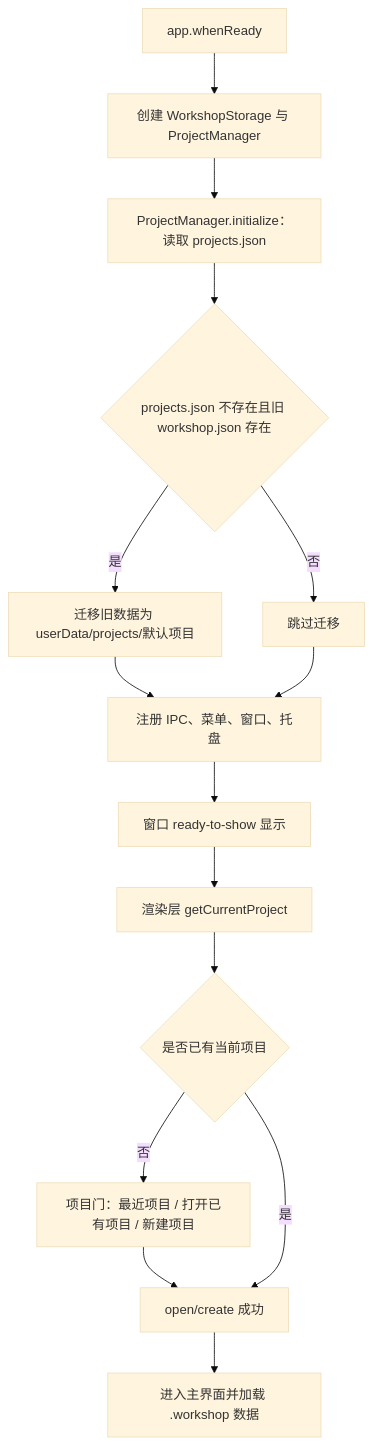
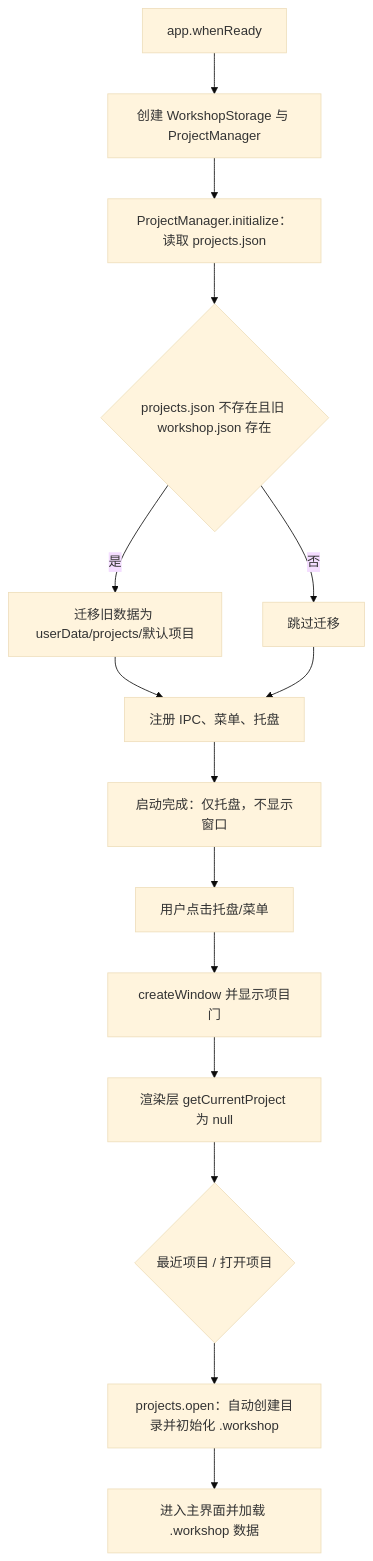
Before and after one commit to the-writer/creative-workshop: the first of 2 diagrams in docs/prd/01-product-architecture.md, drawn with Mermaid (base theme). The commit also changed other lines of this file and 27 other files, not shown here.

````diff
--- a/docs/prd/01-product-architecture.md
+++ b/docs/prd/01-product-architecture.md
@@ -28,17 +28,17 @@
 ```mermaid
 flowchart TD
   A[app.whenReady] --> B[创建 WorkshopStorage 与 ProjectManager]
   B --> C[ProjectManager.initialize：读取 projects.json]
   C --> D{projects.json 不存在且旧 workshop.json 存在}
   D -- 是 --> E[迁移旧数据为 userData/projects/默认项目]
   D -- 否 --> F[跳过迁移]
-  E --> G[注册 IPC、菜单、窗口、托盘]
+  E --> G[注册 IPC、菜单、托盘]
   F --> G
-  G --> H[窗口 ready-to-show 显示]
-  H --> I[渲染层 getCurrentProject]
-  I --> J{是否已有当前项目}
-  J -- 否 --> K[项目门：最近项目 / 打开已有项目 / 新建项目]
-  K --> L[open/create 成功]
-  J -- 是 --> L
-  L --> M[进入主界面并加载 .workshop 数据]
+  G --> H[启动完成：仅托盘，不显示窗口]
+  H --> I[用户点击托盘/菜单]
+  I --> J[createWindow 并显示项目门]
+  J --> K[渲染层 getCurrentProject 为 null]
+  K --> L{最近项目 / 打开项目}
+  L --> M[projects.open：自动创建目录并初始化 .workshop]
+  M --> N[进入主界面并加载 .workshop 数据]
 ```
````
